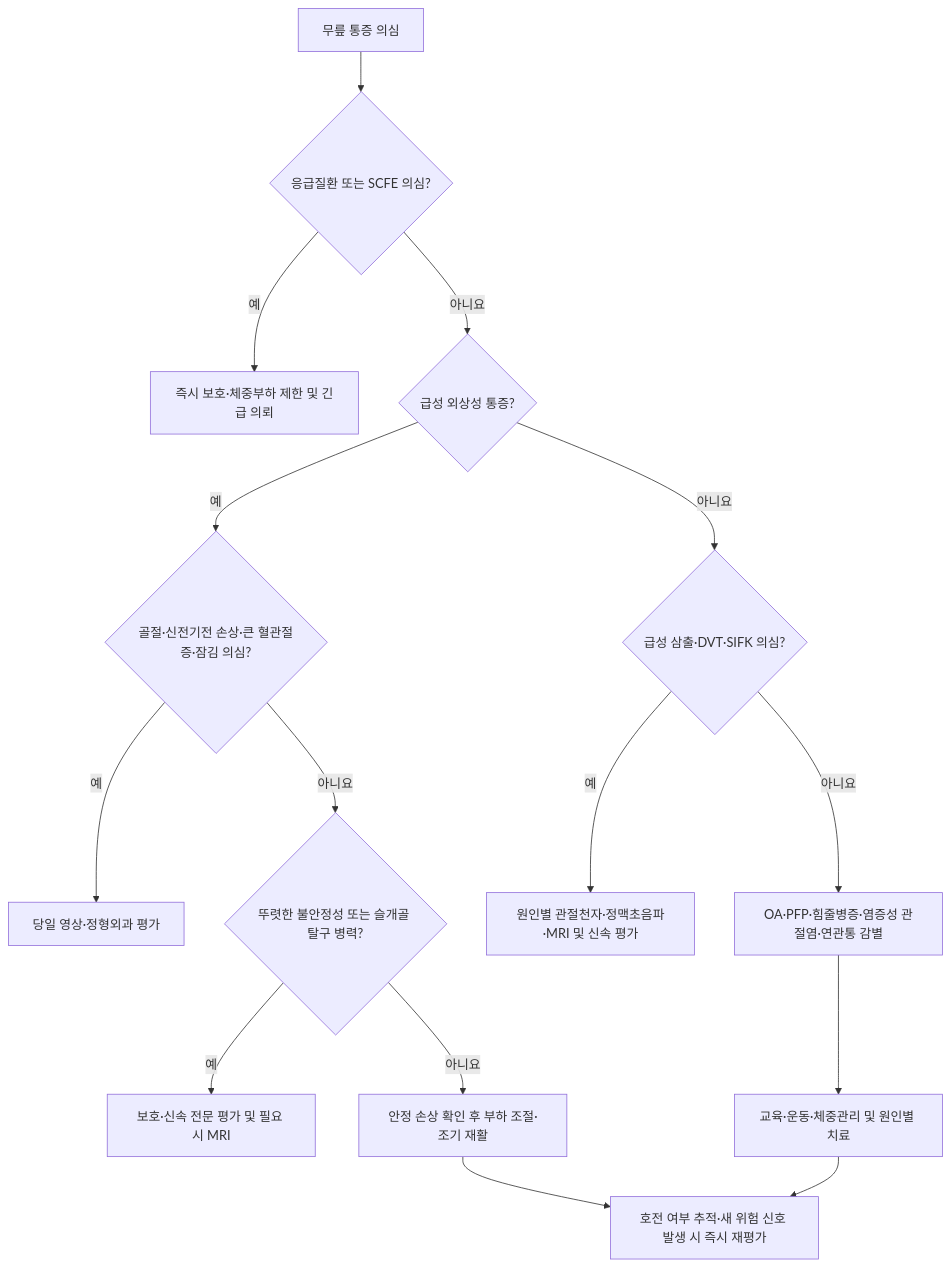
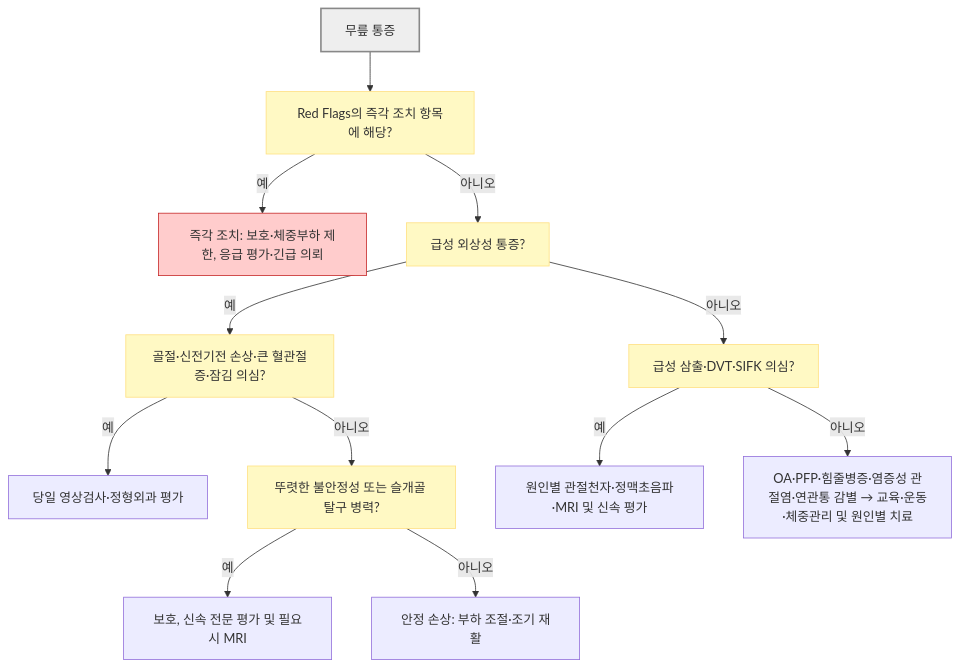
The diagram in 228_/144_-knee-pain.md (familyoh77/familyoh77), drawn with Mermaid before and after one commit. The commit also changed other lines of this file and 10 other files, not shown here.

````diff
--- a/228_/144_-knee-pain.md
+++ b/228_/144_-knee-pain.md
@@ -281,17 +281,19 @@
 ```mermaid
 flowchart TD
-    A["무릎 통증 의심"] --> B{"응급질환 또는 SCFE 의심?"}
-    B -->|예| C["즉시 보호·체중부하 제한 및 긴급 의뢰"]
-    B -->|아니요| D{"급성 외상성 통증?"}
-    D -->|예| E{"골절·신전기전 손상·큰 혈관절증·잠김 의심?"}
-    E -->|예| F["당일 영상·정형외과 평가"]
-    E -->|아니요| G{"뚜렷한 불안정성 또는 슬개골 탈구 병력?"}
-    G -->|예| H["보호·신속 전문 평가 및 필요 시 MRI"]
-    G -->|아니요| I["안정 손상 확인 후 부하 조절·조기 재활"]
-    D -->|아니요| J{"급성 삼출·DVT·SIFK 의심?"}
-    J -->|예| K["원인별 관절천자·정맥초음파·MRI 및 신속 평가"]
-    J -->|아니요| L["OA·PFP·힘줄병증·염증성 관절염·연관통 감별"]
-    L --> M["교육·운동·체중관리 및 원인별 치료"]
-    I --> N["호전 여부 추적·새 위험 신호 발생 시 즉시 재평가"]
-    M --> N
+    A["무릎 통증"] --> B["Red Flags의 즉각 조치 항목에 해당?"]
+    B -- "예" --> C["즉각 조치: 보호·체중부하 제한, 응급 평가·긴급 의뢰"]
+    B -- "아니오" --> D["급성 외상성 통증?"]
+    D -- "예" --> E["골절·신전기전 손상·큰 혈관절증·잠김 의심?"]
+    E -- "예" --> F["당일 영상검사·정형외과 평가"]
+    E -- "아니오" --> G["뚜렷한 불안정성 또는 슬개골 탈구 병력?"]
+    G -- "예" --> H["보호, 신속 전문 평가 및 필요시 MRI"]
+    G -- "아니오" --> I["안정 손상: 부하 조절·조기 재활"]
+    D -- "아니오" --> J["급성 삼출·DVT·SIFK 의심?"]
+    J -- "예" --> K["원인별 관절천자·정맥초음파·MRI 및 신속 평가"]
+    J -- "아니오" --> L["OA·PFP·힘줄병증·염증성 관절염·연관통 감별 → 교육·운동·체중관리 및 원인별 치료"]
+
+    classDef question fill:#fff9c4,stroke:#ffe082
+    class B,D,E,G,J question
+    style A fill:#eeeeee,stroke:#888888,stroke-width:2px
+    style C fill:#ffcccc,stroke:#c62828
 ```
````
